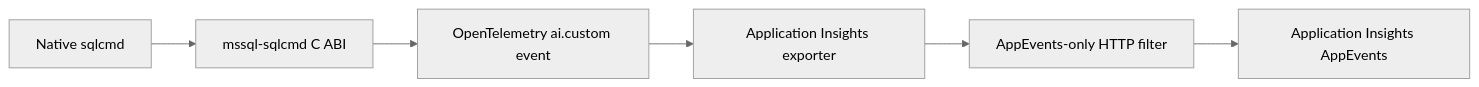
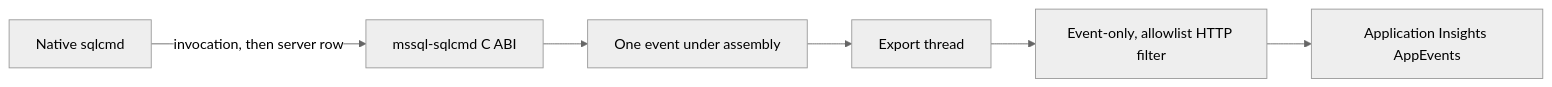
One commit to microsoft/mssql-rs changed the diagram in mssql-sqlcmd/docs/telemetry.md. Above: the diagram before and after it, drawn with Mermaid (neutral theme). The commit also changed other lines of this file and 10 other files, not shown here.

Commit message:
Report command, format, caller, device ID and server properties in sqlcmd usage telemetry

````diff
--- a/mssql-sqlcmd/docs/telemetry.md
+++ b/mssql-sqlcmd/docs/telemetry.md
@@ -15,11 +32,11 @@
 ```mermaid
 flowchart LR
     Native[Native sqlcmd]
     ABI[mssql-sqlcmd C ABI]
-    Event[OpenTelemetry ai.custom event]
-    Exporter[Application Insights exporter]
-    Filter[AppEvents-only HTTP filter]
+    Session[One event under assembly]
+    Worker[Export thread]
+    Filter[Event-only, allowlist HTTP filter]
     AI[Application Insights AppEvents]
 
-    Native --> ABI --> Event --> Exporter --> Filter --> AI
+    Native -->|invocation, then server row| ABI --> Session --> Worker --> Filter --> AI
 ```
````
